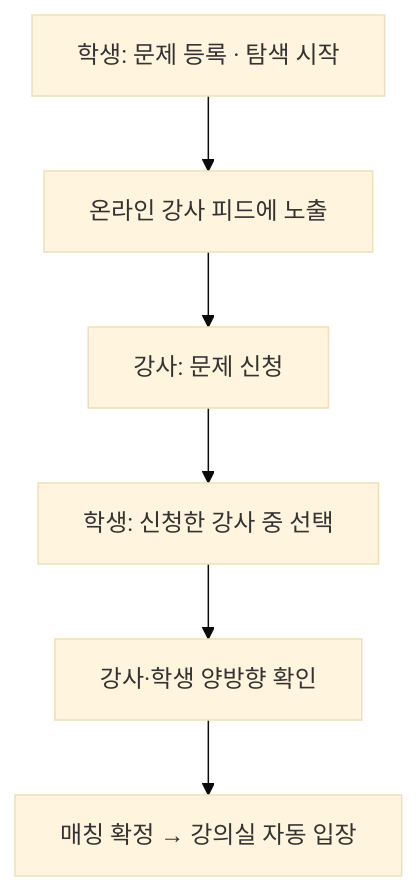
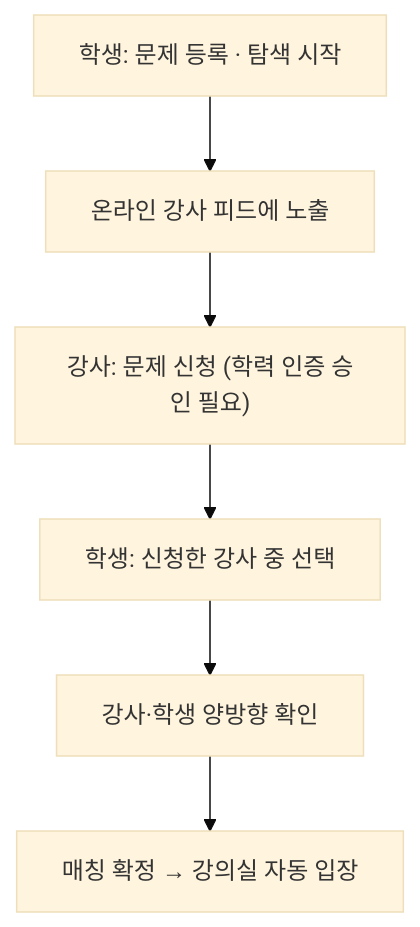
One commit to ieums/onsaem changed the diagram in wiki/매칭-시스템.md. Above: the diagram before and after it, drawn with Mermaid (base theme). The commit also changed other lines of this file and 10 other files, not shown here.

Commit message:
docs: 위키 코드 기준 갱신·인프라 문서 추가, README 정리·팀 정보 갱신, 아키텍처·ERD 이미지 추가

````diff
--- a/wiki/매칭-시스템.md
+++ b/wiki/매칭-시스템.md
@@ -16,8 +17,8 @@
 ```mermaid
 flowchart TB
     A["학생: 문제 등록 · 탐색 시작"] --> B["온라인 강사 피드에 노출"]
-    B --> C["강사: 문제 신청"]
+    B --> C["강사: 문제 신청 (학력 인증 승인 필요)"]
     C --> D["학생: 신청한 강사 중 선택"]
     D --> E["강사·학생 양방향 확인"]
     E --> F["매칭 확정 → 강의실 자동 입장"]
 ```
````
